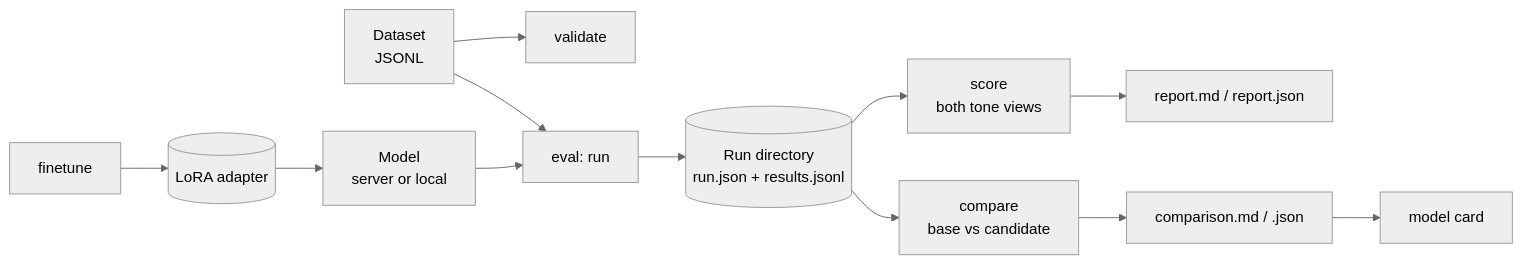
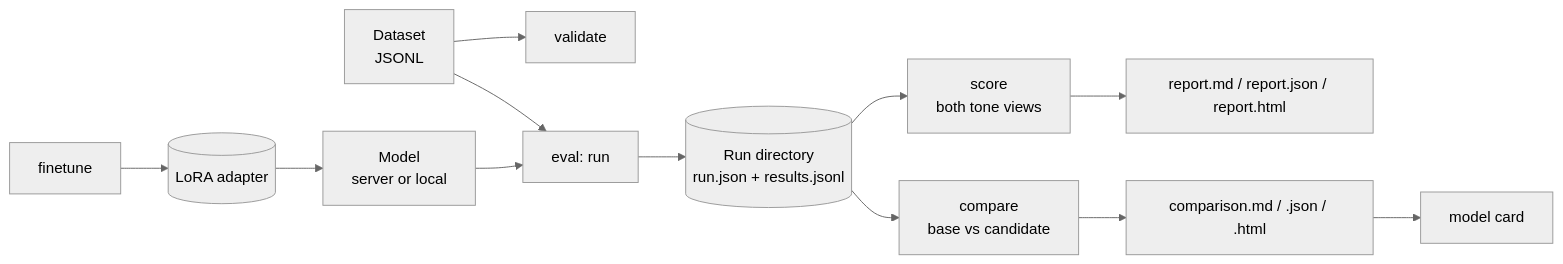
One commit to Brainers-Labs/atlasforge changed the diagram in docs/concepts/how-it-works.md. Above: the diagram before and after it, drawn with Mermaid (neutral theme). The commit also changed other lines of this file and 105 other files, not shown here.

````diff
--- a/docs/concepts/how-it-works.md
+++ b/docs/concepts/how-it-works.md
@@ -5,14 +5,14 @@
 ```mermaid
 flowchart LR
     D[Dataset<br/>JSONL] --> V[validate]
     D --> R[eval: run]
     M[Model<br/>server or local] --> R
     R --> RD[(Run directory<br/>run.json + results.jsonl)]
     RD --> S[score<br/>both tone views]
-    S --> RP[report.md / report.json]
+    S --> RP[report.md / report.json / report.html]
     RD --> C[compare<br/>base vs candidate]
-    C --> CR[comparison.md / .json]
+    C --> CR[comparison.md / .json / .html]
     CR --> K[model card]
     T[finetune] --> A[(LoRA adapter)]
     A --> M
 ```
````
